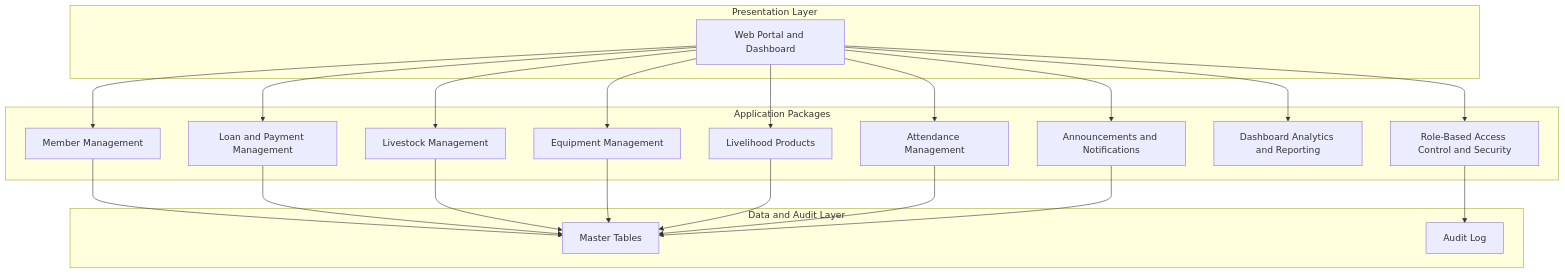
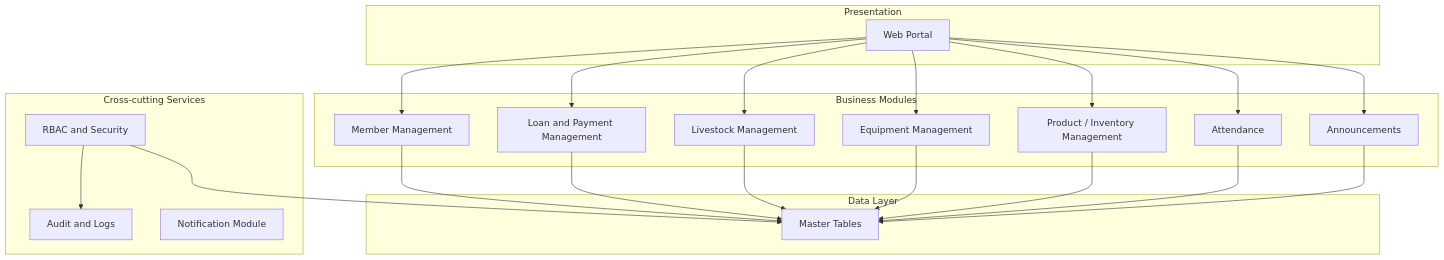
One commit to Bonuel12142005/KAMBACDIAGRAM changed the sixth of 16 diagrams in README.md. Above: the diagram before and after it, drawn with Mermaid. The commit also changed other lines of this file, not shown here.

Commit message:
Overwrite README.md with the full 16-diagram KIMS proposal summary

````diff
--- a/README.md
+++ b/README.md
@@ -354,42 +307,43 @@
 ```mermaid
 flowchart TB
-    subgraph P1["Presentation Layer"]
-        UI["Web Portal and Dashboard"]
+    subgraph P1["Presentation"]
+        UI["Web Portal"]
     end
 
-    subgraph P2["Application Packages"]
+    subgraph P2["Business Modules"]
         PM["Member Management"]
         LP["Loan and Payment Management"]
         LM["Livestock Management"]
         EM["Equipment Management"]
-        PROD["Livelihood Products"]
-        ATT["Attendance Management"]
-        ANN["Announcements and Notifications"]
-        DASH["Dashboard Analytics and Reporting"]
-        SEC["Role-Based Access Control and Security"]
+        PROD["Product / Inventory Management"]
+        ATT["Attendance"]
+        ANN["Announcements"]
     end
 
-    subgraph P3["Data and Audit Layer"]
+    subgraph P3["Cross-cutting Services"]
+        SEC["RBAC and Security"]
+        AUD["Audit and Logs"]
+        NOTIF["Notification Module"]
+    end
+
+    subgraph P4["Data Layer"]
         TBL["Master Tables"]
-        LOG["Audit Log"]
     end
 
     UI --> PM
     UI --> LP
     UI --> LM
     UI --> EM
     UI --> PROD
     UI --> ATT
     UI --> ANN
-    UI --> DASH
-    UI --> SEC
-
     PM --> TBL
     LP --> TBL
     LM --> TBL
     EM --> TBL
     PROD --> TBL
     ATT --> TBL
     ANN --> TBL
-    SEC --> LOG
+    SEC --> AUD
+    SEC --> TBL
 ```
````
